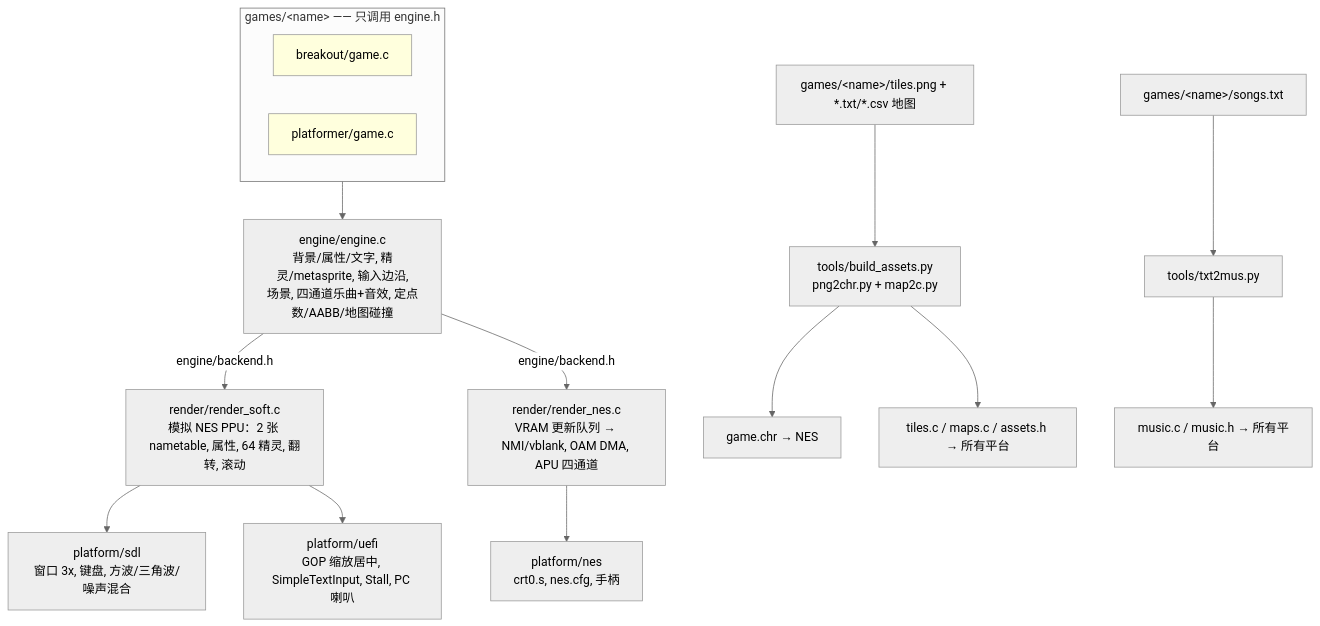
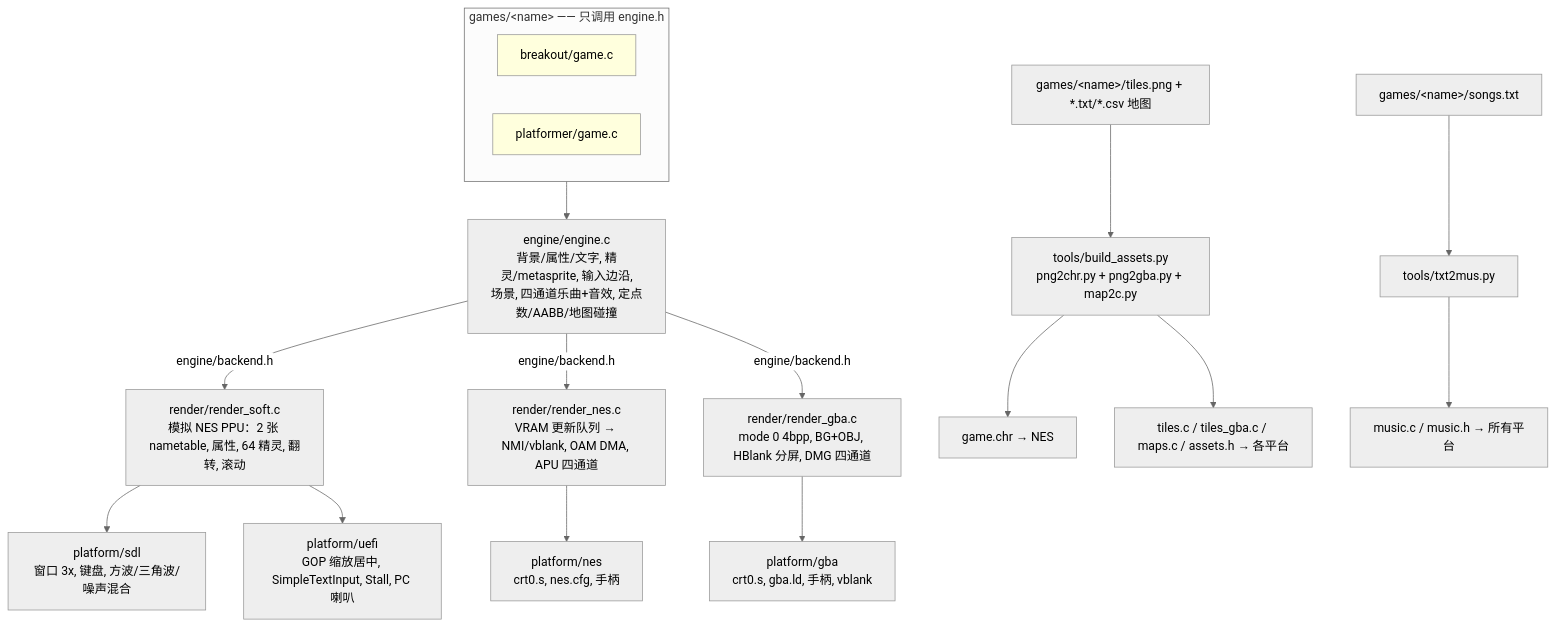
One commit to brightHuang84/RetroEngine changed the diagram in README.md. Above: the diagram before and after it, drawn with Mermaid (neutral theme). The commit also changed other lines of this file and 10 other files, not shown here.

````diff
--- a/README.md
+++ b/README.md
@@ -8,19 +8,21 @@
 ```mermaid
 flowchart TD
   subgraph games[games/&lt;name&gt; —— 只调用 engine.h]
     BG[breakout/game.c]:::g
     PF[platformer/game.c]:::g
   end
   games --> E[engine/engine.c<br>背景/属性/文字, 精灵/metasprite, 输入边沿,<br>场景, 四通道乐曲+音效, 定点数/AABB/地图碰撞]
   E -->|engine/backend.h| RS[render/render_soft.c<br>模拟 NES PPU：2 张 nametable, 属性, 64 精灵, 翻转, 滚动]
   E -->|engine/backend.h| RN[render/render_nes.c<br>VRAM 更新队列 → NMI/vblank, OAM DMA, APU 四通道]
+  E -->|engine/backend.h| RG[render/render_gba.c<br>mode 0 4bpp, BG+OBJ, HBlank 分屏, DMG 四通道]
   RS --> SDL[platform/sdl<br>窗口 3x, 键盘, 方波/三角波/噪声混合]
   RS --> UEFI[platform/uefi<br>GOP 缩放居中, SimpleTextInput, Stall, PC 喇叭]
   RN --> NES[platform/nes<br>crt0.s, nes.cfg, 手柄]
-  A[games/&lt;name&gt;/tiles.png + *.txt/*.csv 地图] --> T[tools/build_assets.py<br>png2chr.py + map2c.py]
+  RG --> GBA[platform/gba<br>crt0.s, gba.ld, 手柄, vblank]
+  A[games/&lt;name&gt;/tiles.png + *.txt/*.csv 地图] --> T[tools/build_assets.py<br>png2chr.py + png2gba.py + map2c.py]
   T --> CHR[game.chr → NES]
-  T --> CA[tiles.c / maps.c / assets.h → 所有平台]
+  T --> CA[tiles.c / tiles_gba.c / maps.c / assets.h → 各平台]
   S[games/&lt;name&gt;/songs.txt] --> TM[tools/txt2mus.py]
   TM --> MU[music.c / music.h → 所有平台]
   classDef g fill:#ffd
 ```
````
